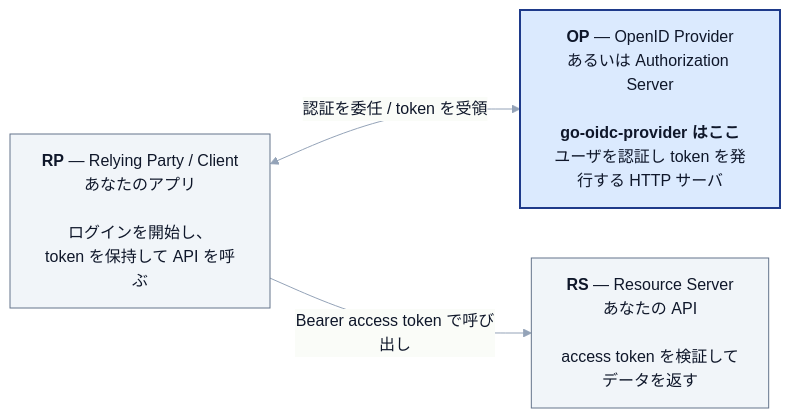
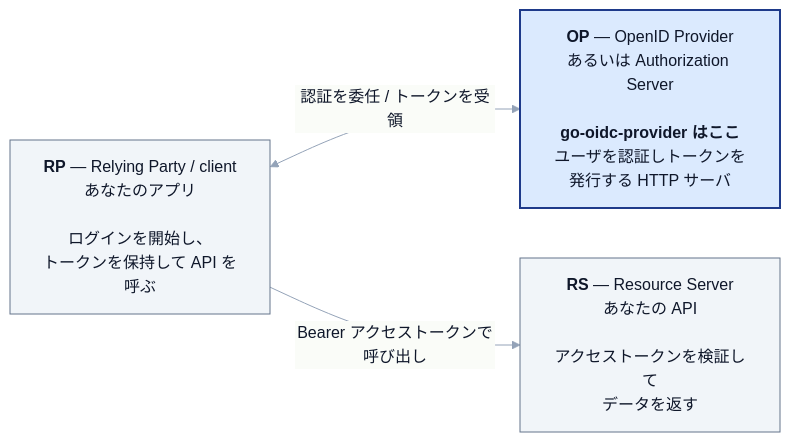
Before and after one commit to libraz/go-oidc-provider-homepage: the first of 2 diagrams in src/ja/concepts/oauth2-oidc-primer.md, drawn with Mermaid. The commit also changed other lines of this file and 36 other files, not shown here.

````diff
--- a/src/ja/concepts/oauth2-oidc-primer.md
+++ b/src/ja/concepts/oauth2-oidc-primer.md
@@ -56,12 +56,12 @@
 ```mermaid
 %%{init: {"theme":"base","themeVariables":{"primaryColor":"#f8fafc","primaryTextColor":"#0f172a","primaryBorderColor":"#94a3b8","lineColor":"#94a3b8"}}}%%
 flowchart LR
-  RP["<b>RP</b> — Relying Party / Client<br/>あなたのアプリ<br/><br/>ログインを開始し、<br/>token を保持して API を呼ぶ"]
-  OP["<b>OP</b> — OpenID Provider<br/>あるいは Authorization Server<br/><br/><b>go-oidc-provider はここ</b><br/>ユーザを認証し token を発行する HTTP サーバ"]
-  RS["<b>RS</b> — Resource Server<br/>あなたの API<br/><br/>access token を検証して<br/>データを返す"]
-  RP <-->|"認証を委任 / token を受領"| OP
-  RP -->|"Bearer access token で呼び出し"| RS
+  RP["<b>RP</b> — Relying Party / client<br/>あなたのアプリ<br/><br/>ログインを開始し、<br/>トークンを保持して API を呼ぶ"]
+  OP["<b>OP</b> — OpenID Provider<br/>あるいは Authorization Server<br/><br/><b>go-oidc-provider はここ</b><br/>ユーザを認証しトークンを発行する HTTP サーバ"]
+  RS["<b>RS</b> — Resource Server<br/>あなたの API<br/><br/>アクセストークンを検証して<br/>データを返す"]
+  RP <-->|"認証を委任 / トークンを受領"| OP
+  RP -->|"Bearer アクセストークンで呼び出し"| RS
   style OP fill:#dbeafe,stroke:#1e3a8a,stroke-width:2px,color:#0f172a
   style RP fill:#f1f5f9,stroke:#64748b,color:#0f172a
   style RS fill:#f1f5f9,stroke:#64748b,color:#0f172a
 ```
````
